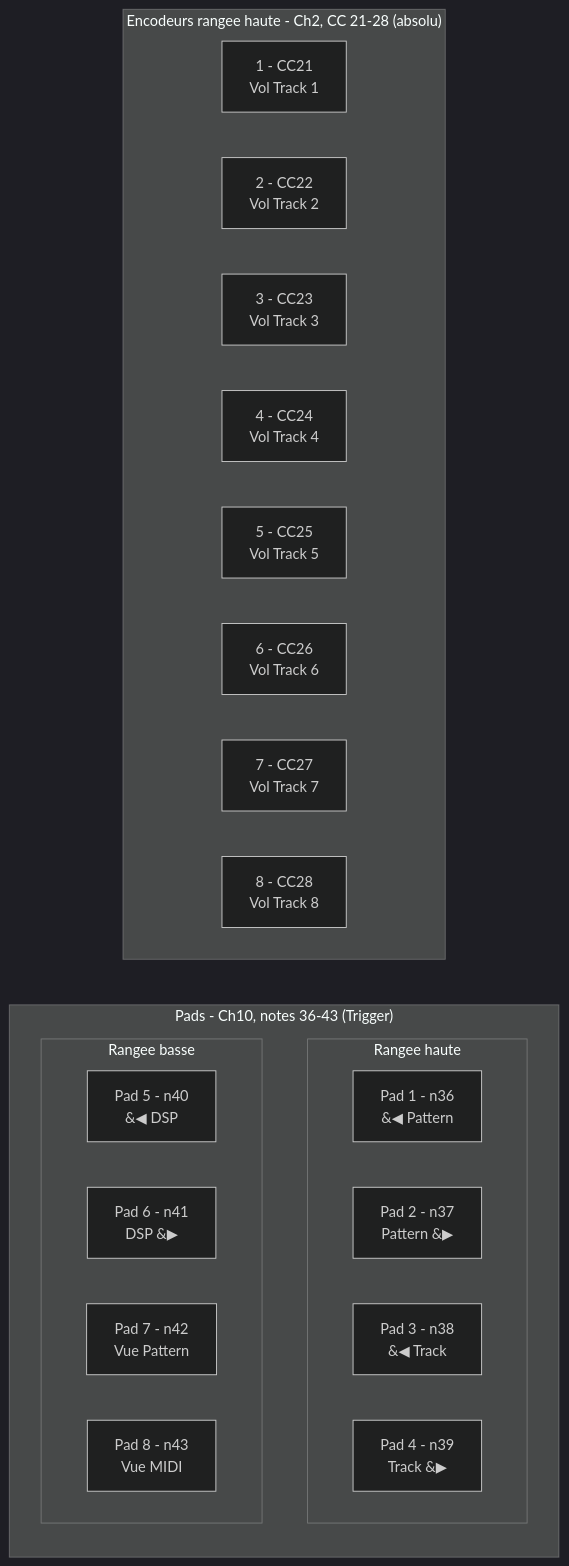
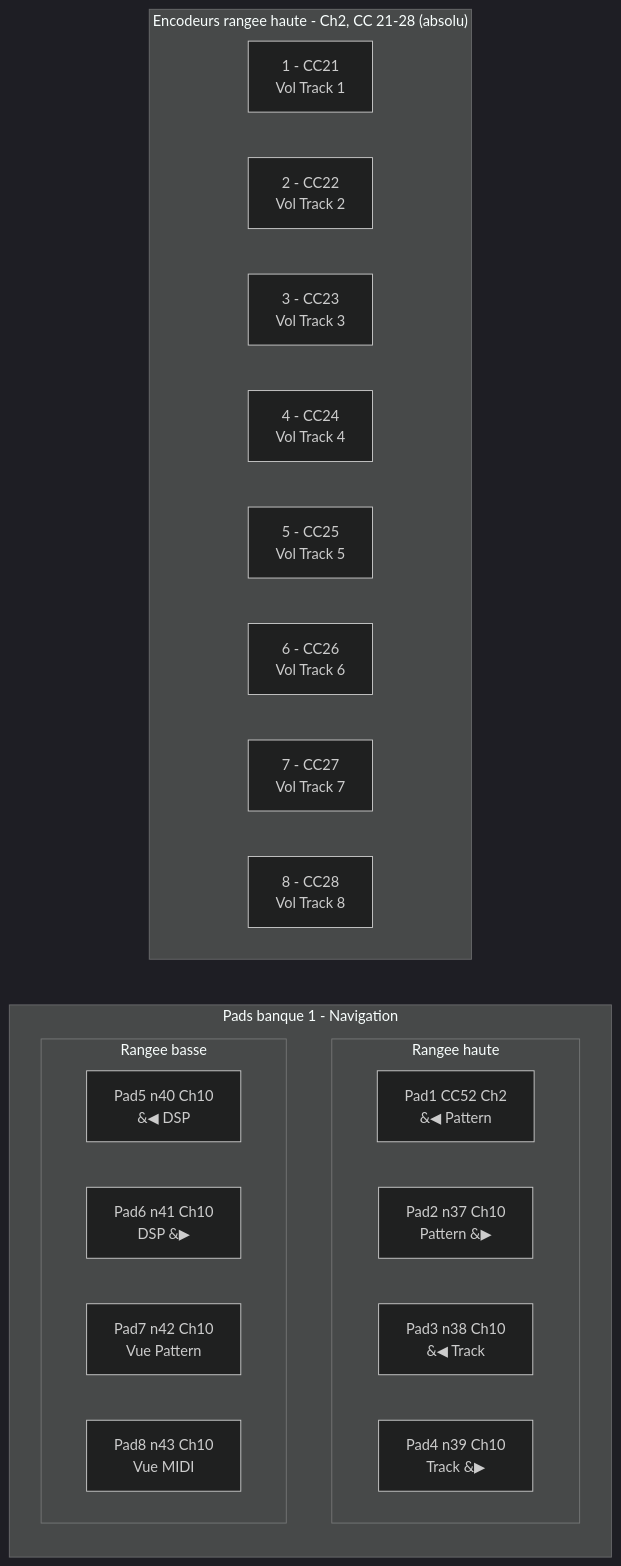
The diagram in controllers/minilab-mkii/README.md (timox/td333), drawn with Mermaid (dark theme) before and after one commit. The commit also changed other lines of this file and 2 other files, not shown here.

````diff
--- a/controllers/minilab-mkii/README.md
+++ b/controllers/minilab-mkii/README.md
@@ -63,32 +63,32 @@
 ```mermaid
 flowchart TB
   subgraph ENC["Encodeurs rangee haute - Ch2, CC 21-28 (absolu)"]
     direction LR
     E1["1 - CC21<br/>Vol Track 1"]
     E2["2 - CC22<br/>Vol Track 2"]
     E3["3 - CC23<br/>Vol Track 3"]
     E4["4 - CC24<br/>Vol Track 4"]
     E5["5 - CC25<br/>Vol Track 5"]
     E6["6 - CC26<br/>Vol Track 6"]
     E7["7 - CC27<br/>Vol Track 7"]
     E8["8 - CC28<br/>Vol Track 8"]
   end
-  subgraph PADS["Pads - Ch10, notes 36-43 (Trigger)"]
+  subgraph PADS["Pads banque 1 - Navigation"]
     direction TB
     subgraph PR1["Rangee haute"]
       direction LR
-      P1["Pad 1 - n36<br/>&#9664; Pattern"]
-      P2["Pad 2 - n37<br/>Pattern &#9654;"]
-      P3["Pad 3 - n38<br/>&#9664; Track"]
-      P4["Pad 4 - n39<br/>Track &#9654;"]
+      P1["Pad1 CC52 Ch2<br/>&#9664; Pattern"]
+      P2["Pad2 n37 Ch10<br/>Pattern &#9654;"]
+      P3["Pad3 n38 Ch10<br/>&#9664; Track"]
+      P4["Pad4 n39 Ch10<br/>Track &#9654;"]
     end
     subgraph PR2["Rangee basse"]
       direction LR
-      P5["Pad 5 - n40<br/>&#9664; DSP"]
-      P6["Pad 6 - n41<br/>DSP &#9654;"]
-      P7["Pad 7 - n42<br/>Vue Pattern"]
-      P8["Pad 8 - n43<br/>Vue MIDI"]
+      P5["Pad5 n40 Ch10<br/>&#9664; DSP"]
+      P6["Pad6 n41 Ch10<br/>DSP &#9654;"]
+      P7["Pad7 n42 Ch10<br/>Vue Pattern"]
+      P8["Pad8 n43 Ch10<br/>Vue MIDI"]
     end
   end
   ENC ~~~ PADS
 ```
````
